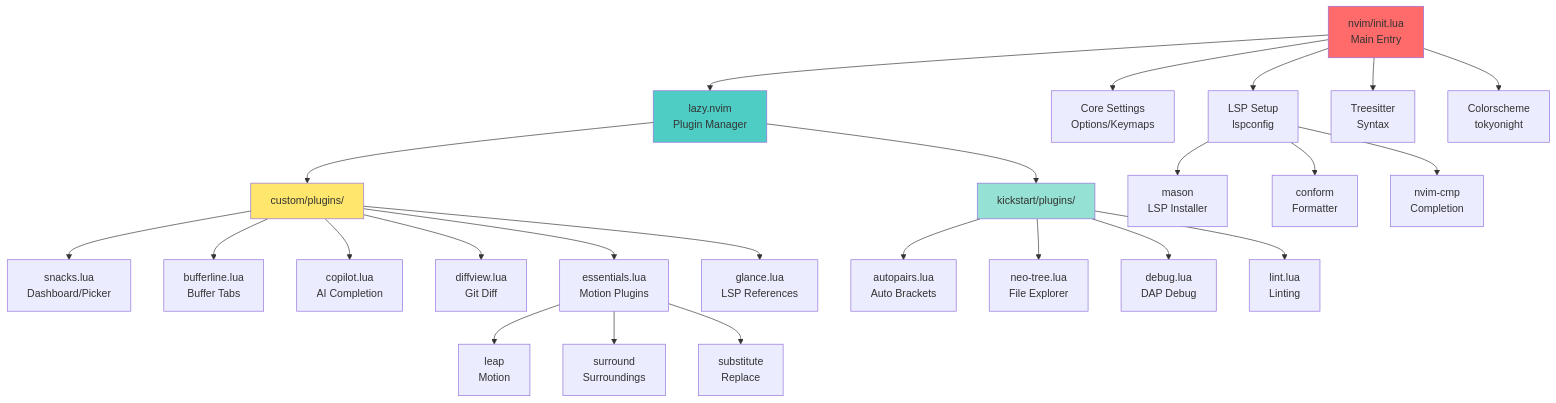
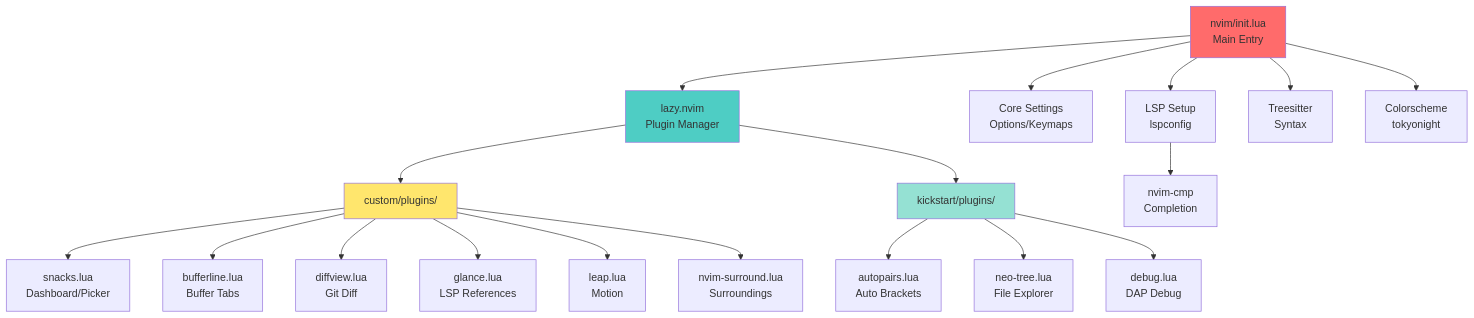
One commit to ymat19/dotfiles changed the second of 2 diagrams in README.md. Above: the diagram before and after it, drawn with Mermaid. The commit also changed other lines of this file and 15 other files, not shown here.

First line of the commit message:
refactor: nvim を閲覧用途に整理し LSP を TS/C# に絞る (#71)

````diff
--- a/README.md
+++ b/README.md
@@ -152,37 +152,30 @@
 ```mermaid
 graph TD
     A["nvim/init.lua<br/>Main Entry"] --> B["lazy.nvim<br/>Plugin Manager"]
 
     A --> C["Core Settings<br/>Options/Keymaps"]
     A --> D["LSP Setup<br/>lspconfig"]
     A --> E["Treesitter<br/>Syntax"]
     A --> F["Colorscheme<br/>tokyonight"]
 
     B --> H["custom/plugins/"]
     B --> I["kickstart/plugins/"]
 
     H --> H1["snacks.lua<br/>Dashboard/Picker"]
     H --> H2["bufferline.lua<br/>Buffer Tabs"]
-    H --> H3["copilot.lua<br/>AI Completion"]
-    H --> H4["diffview.lua<br/>Git Diff"]
-    H --> H5["essentials.lua<br/>Motion Plugins"]
-    H --> H6["glance.lua<br/>LSP References"]
+    H --> H3["diffview.lua<br/>Git Diff"]
+    H --> H4["glance.lua<br/>LSP References"]
+    H --> H5["leap.lua<br/>Motion"]
+    H --> H6["nvim-surround.lua<br/>Surroundings"]
 
     I --> I1["autopairs.lua<br/>Auto Brackets"]
     I --> I2["neo-tree.lua<br/>File Explorer"]
     I --> I3["debug.lua<br/>DAP Debug"]
-    I --> I4["lint.lua<br/>Linting"]
 
-    D --> D1["mason<br/>LSP Installer"]
-    D --> D2["conform<br/>Formatter"]
-    D --> D3["nvim-cmp<br/>Completion"]
-
-    H5 --> H5A["leap<br/>Motion"]
-    H5 --> H5B["surround<br/>Surroundings"]
-    H5 --> H5C["substitute<br/>Replace"]
+    D --> D1["nvim-cmp<br/>Completion"]
 
     style A fill:#ff6b6b
     style B fill:#4ecdc4
     style H fill:#ffe66d
     style I fill:#95e1d3
 ```
````
